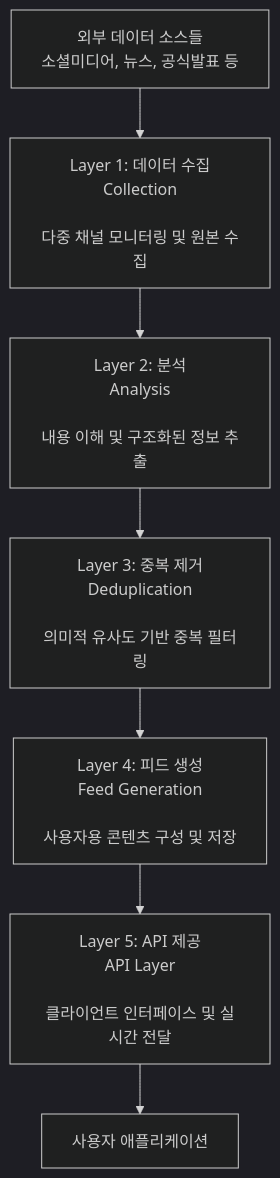
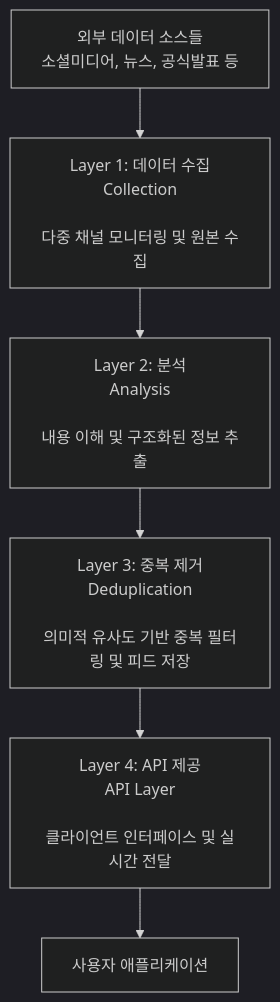
Before and after one commit to Trump-Scan/.github: the first of 2 diagrams in 0.DataProcessingPipelineDesign.md, drawn with Mermaid (dark theme). The commit also changed other lines of this file and 9 other files, not shown here.

````diff
--- a/0.DataProcessingPipelineDesign.md
+++ b/0.DataProcessingPipelineDesign.md
@@ -21,24 +21,21 @@
 ```mermaid
 graph TB
     DS[외부 데이터 소스들<br/>소셜미디어, 뉴스, 공식발표 등]
 
     L1[Layer 1: 데이터 수집<br/>Collection<br/><br/>다중 채널 모니터링 및 원본 수집]
 
     L2[Layer 2: 분석<br/>Analysis<br/><br/>내용 이해 및 구조화된 정보 추출]
 
-    L3[Layer 3: 중복 제거<br/>Deduplication<br/><br/>의미적 유사도 기반 중복 필터링]
+    L3[Layer 3: 중복 제거<br/>Deduplication<br/><br/>의미적 유사도 기반 중복 필터링 및 피드 저장]
 
-    L4[Layer 4: 피드 생성<br/>Feed Generation<br/><br/>사용자용 콘텐츠 구성 및 저장]
-
-    L5[Layer 5: API 제공<br/>API Layer<br/><br/>클라이언트 인터페이스 및 실시간 전달]
+    L4[Layer 4: API 제공<br/>API Layer<br/><br/>클라이언트 인터페이스 및 실시간 전달]
 
     UA[사용자 애플리케이션]
 
     DS --> L1
     L1 --> L2
     L2 --> L3
     L3 --> L4
-    L4 --> L5
-    L5 --> UA
+    L4 --> UA
 
 ```
````
